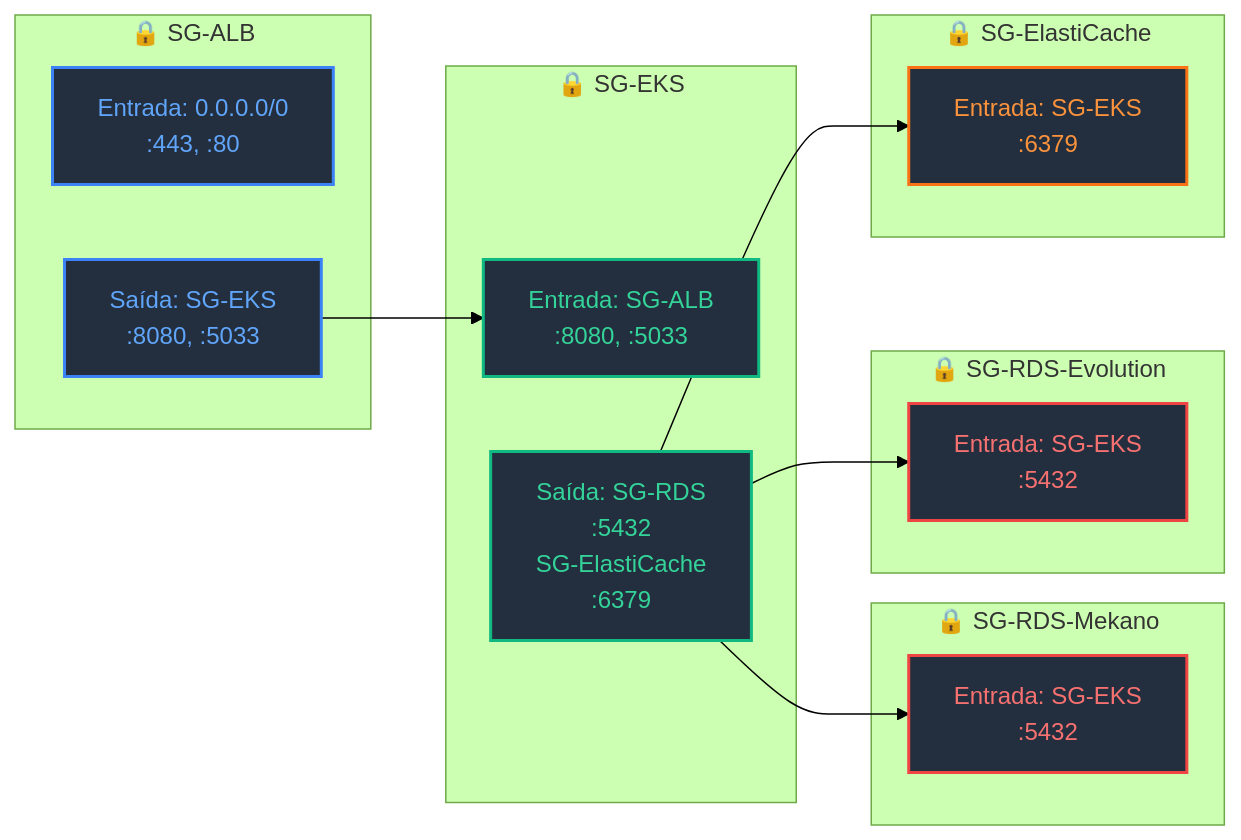
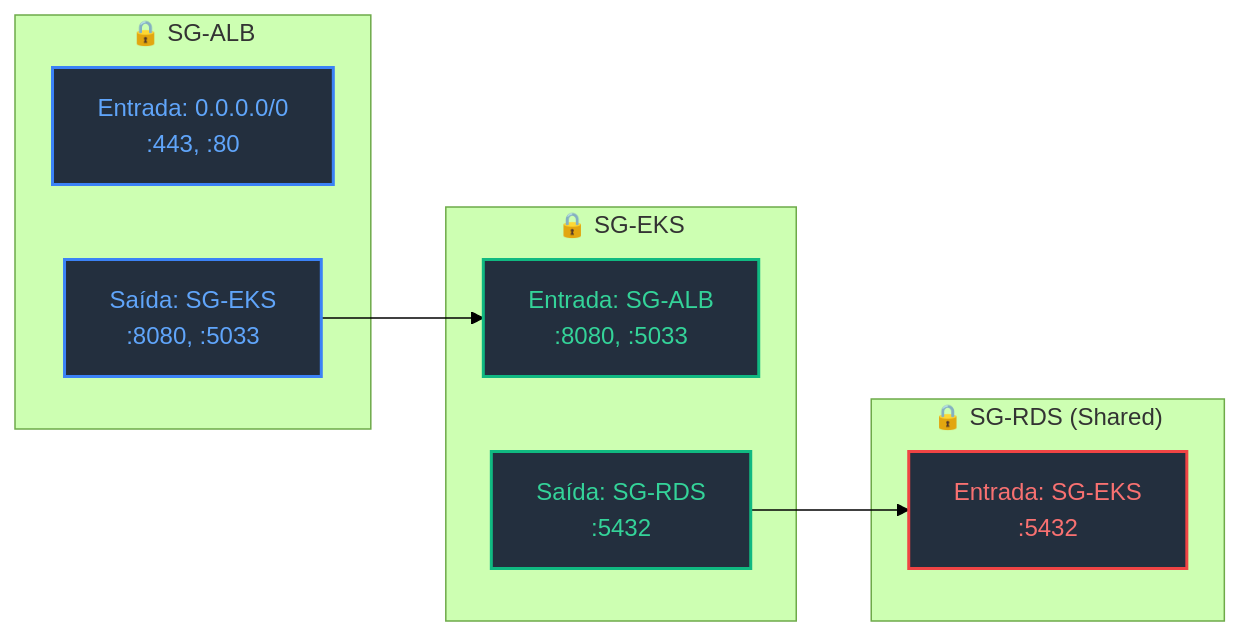
One commit to FIAP-SOFTWARE-ARCHITECTURE-TEAM/Mekano-API changed the third of 3 diagrams in docs/aws-infrastructure/vpc-scope-architecture.md. Above: the diagram before and after it, drawn with Mermaid (forest theme). The commit also changed other lines of this file and 1 other file, not shown here.

Commit message:
feat: update VPC and global architecture diagrams for shared database integration

````diff
--- a/docs/aws-infrastructure/vpc-scope-architecture.md
+++ b/docs/aws-infrastructure/vpc-scope-architecture.md
@@ -142,40 +135,28 @@
 ```mermaid
 graph LR
     classDef sg_alb fill:#232f3e,color:#60a5fa,stroke:#3b82f6,stroke-width:2px
     classDef sg_eks fill:#232f3e,color:#34d399,stroke:#10b981,stroke-width:2px
     classDef sg_db fill:#232f3e,color:#f87171,stroke:#ef4444,stroke-width:2px
     classDef sg_cache fill:#232f3e,color:#fb923c,stroke:#f97316,stroke-width:2px
 
     subgraph SG_ALB["🔒 SG-ALB"]
         SG_ALB_IN["Entrada: 0.0.0.0/0<br/>:443, :80"]
         SG_ALB_OUT["Saída: SG-EKS<br/>:8080, :5033"]
     end
 
     subgraph SG_EKS["🔒 SG-EKS"]
         SG_EKS_IN["Entrada: SG-ALB<br/>:8080, :5033"]
-        SG_EKS_OUT["Saída: SG-RDS<br/>:5432<br/>SG-ElastiCache<br/>:6379"]
+        SG_EKS_OUT["Saída: SG-RDS<br/>:5432"]
     end
 
-    subgraph SG_RDS["🔒 SG-RDS-Mekano"]
+    subgraph SG_RDS["🔒 SG-RDS (Shared)"]
         SG_RDS_IN["Entrada: SG-EKS<br/>:5432"]
-    end
-
-    subgraph SG_RDS_EVO["🔒 SG-RDS-Evolution"]
-        SG_RDS_EVO_IN["Entrada: SG-EKS<br/>:5432"]
-    end
-
-    subgraph SG_CACHE["🔒 SG-ElastiCache"]
-        SG_CACHE_IN["Entrada: SG-EKS<br/>:6379"]
     end
 
     SG_ALB_OUT --> SG_EKS_IN
     SG_EKS_OUT --> SG_RDS_IN
-    SG_EKS_OUT --> SG_RDS_EVO_IN
-    SG_EKS_OUT --> SG_CACHE_IN
 
     class SG_ALB_IN,SG_ALB_OUT sg_alb
     class SG_EKS_IN,SG_EKS_OUT sg_eks
     class SG_RDS_IN sg_db
-    class SG_RDS_EVO_IN sg_db
-    class SG_CACHE_IN sg_cache
 ```
````
